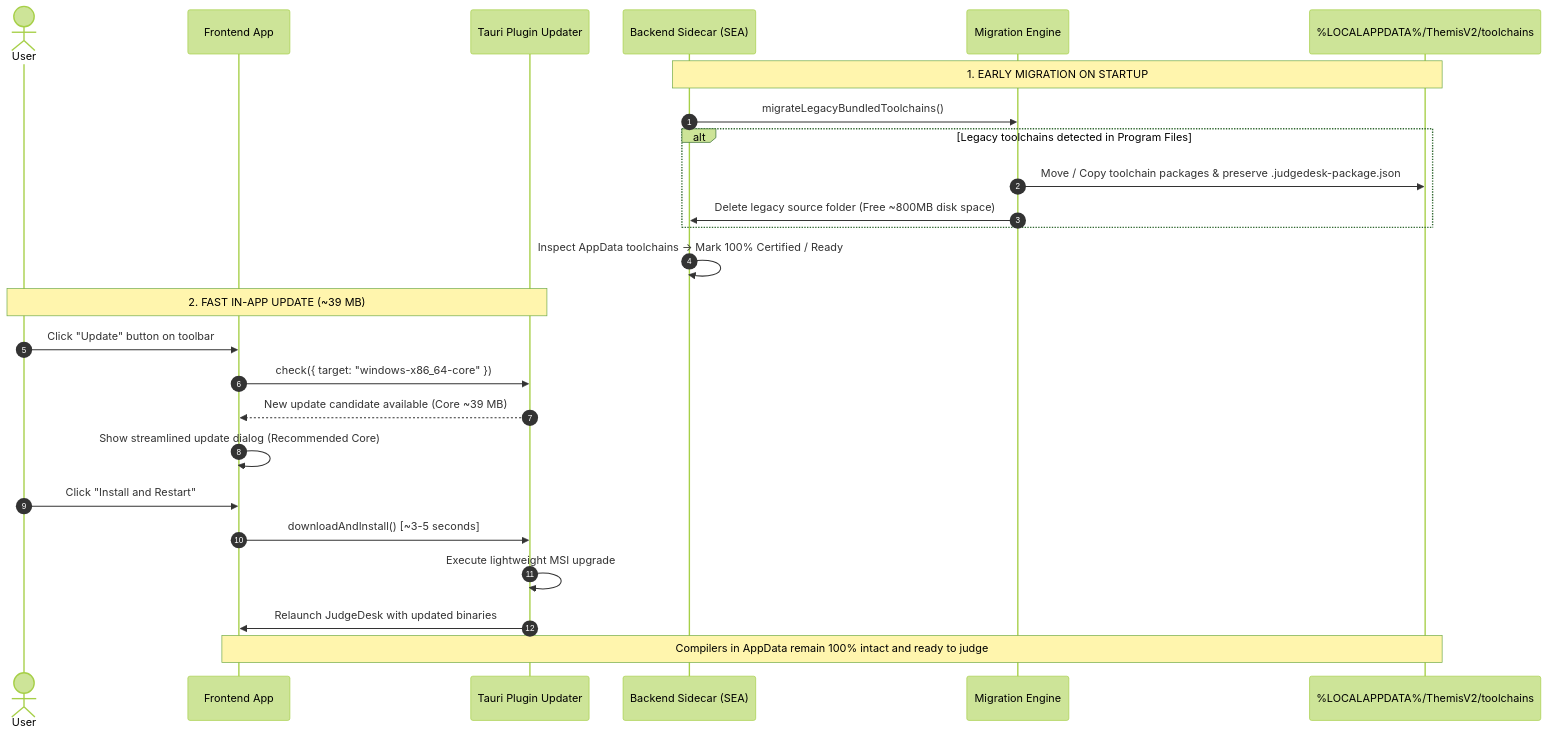
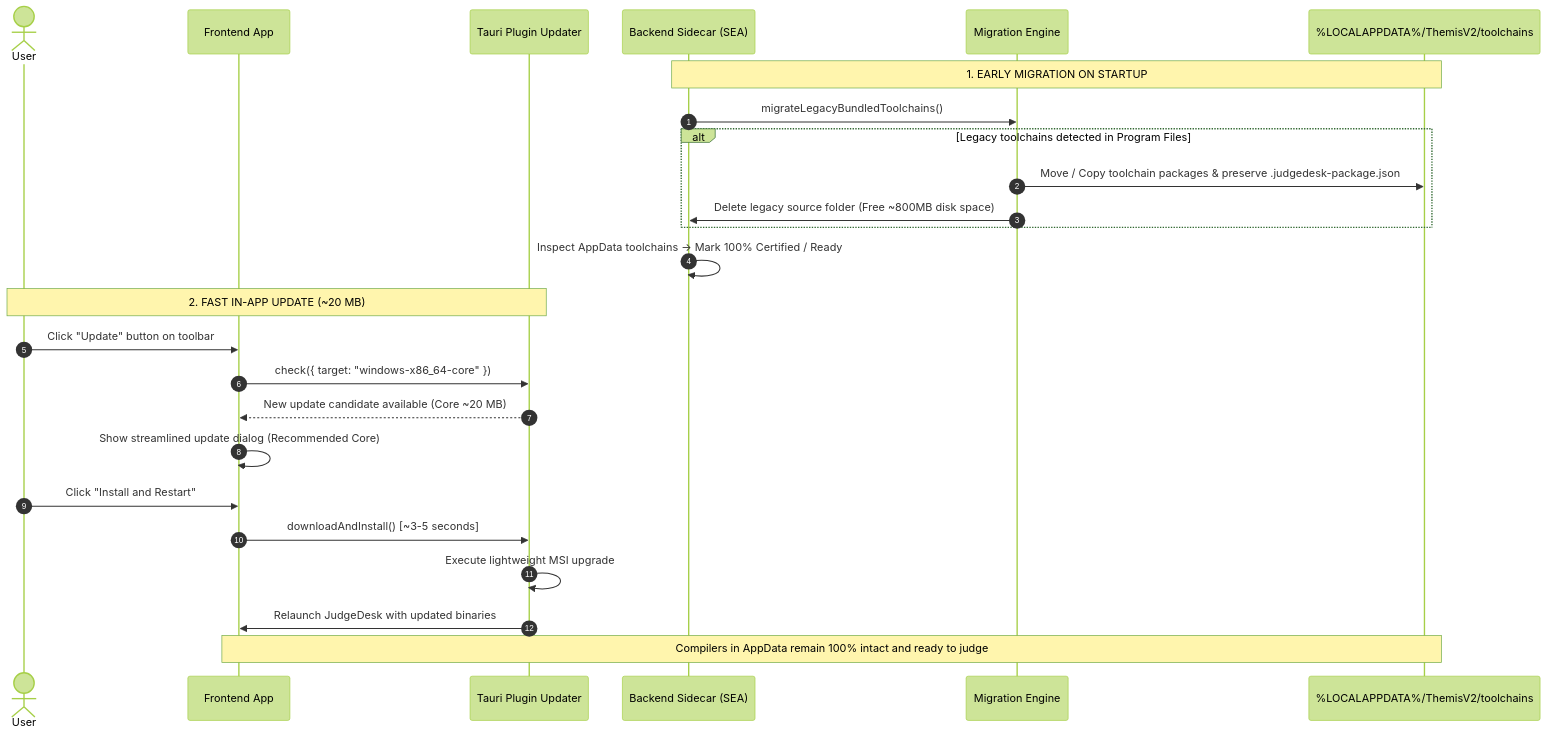
The seventh of 7 diagrams in docs/APP_FLOW.md (ducminh25/judgedesk-source), drawn with Mermaid (forest theme) before and after one commit. The commit also changed other lines of this file and 12 other files, not shown here.

````diff
--- a/docs/APP_FLOW.md
+++ b/docs/APP_FLOW.md
@@ -220,29 +226,29 @@
 ```mermaid
 sequenceDiagram
     autonumber
     actor User
     participant UI as Frontend App
     participant Updater as Tauri Plugin Updater
     participant Backend as Backend Sidecar (SEA)
     participant Migration as Migration Engine
     participant AppData as %LOCALAPPDATA%/ThemisV2/toolchains
 
     Note over Backend,AppData: 1. EARLY MIGRATION ON STARTUP
     Backend->>Migration: migrateLegacyBundledToolchains()
     alt Legacy toolchains detected in Program Files
         Migration->>AppData: Move / Copy toolchain packages & preserve .judgedesk-package.json
         Migration->>Backend: Delete legacy source folder (Free ~800MB disk space)
     end
     Backend->>Backend: Inspect AppData toolchains -> Mark 100% Certified / Ready
 
-    Note over User,Updater: 2. FAST IN-APP UPDATE (~39 MB)
+    Note over User,Updater: 2. FAST IN-APP UPDATE (~20 MB)
     User->>UI: Click "Update" button on toolbar
     UI->>Updater: check({ target: "windows-x86_64-core" })
-    Updater-->>UI: New update candidate available (Core ~39 MB)
+    Updater-->>UI: New update candidate available (Core ~20 MB)
     UI->>UI: Show streamlined update dialog (Recommended Core)
     User->>UI: Click "Install and Restart"
     UI->>Updater: downloadAndInstall() [~3-5 seconds]
     Updater->>Updater: Execute lightweight MSI upgrade
     Updater->>UI: Relaunch JudgeDesk with updated binaries
     Note over UI,AppData: Compilers in AppData remain 100% intact and ready to judge
 ```
````
